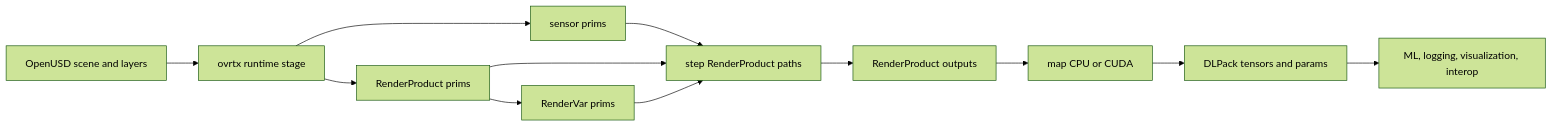
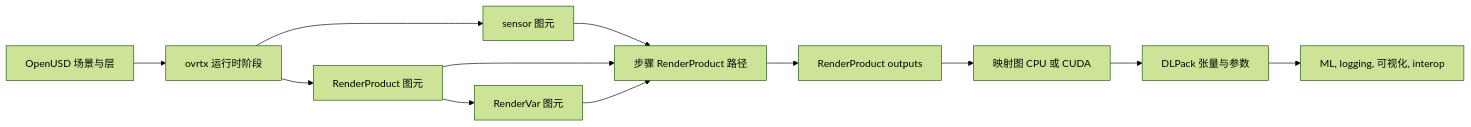
One commit to niuverse/llm-wiki changed the diagram in wiki/concepts/RTXSensorSimulationPipeline.md. Above: the diagram before and after it, drawn with Mermaid (forest theme). The commit also changed other lines of this file and 123 other files, not shown here.

````diff
--- a/wiki/concepts/RTXSensorSimulationPipeline.md
+++ b/wiki/concepts/RTXSensorSimulationPipeline.md
@@ -47,14 +47,14 @@
 ```mermaid
 flowchart LR
-  Scene["OpenUSD scene and layers"] --> Stage["ovrtx runtime stage"]
-  Stage --> Sensor["sensor prims"]
-  Stage --> Product["RenderProduct prims"]
-  Product --> Vars["RenderVar prims"]
-  Sensor --> Step["step RenderProduct paths"]
+  场景["OpenUSD 场景与层"] --> Stage["ovrtx 运行时阶段"]
+  Stage --> Sensor["sensor 图元"]
+  Stage --> Product["RenderProduct 图元"]
+  Product --> Vars["RenderVar 图元"]
+  Sensor --> Step["步骤 RenderProduct 路径"]
   Product --> Step
   Vars --> Step
-  Step --> Output["RenderProduct outputs"]
-  Output --> Map["map CPU or CUDA"]
-  Map --> Tensors["DLPack tensors and params"]
-  Tensors --> App["ML, logging, visualization, interop"]
+  Step --> 输出["RenderProduct outputs"]
+  输出 --> Map["映射图 CPU 或 CUDA"]
+  Map --> Tensors["DLPack 张量与参数"]
+  Tensors --> App["ML, logging, 可视化, interop"]
 ```
````
